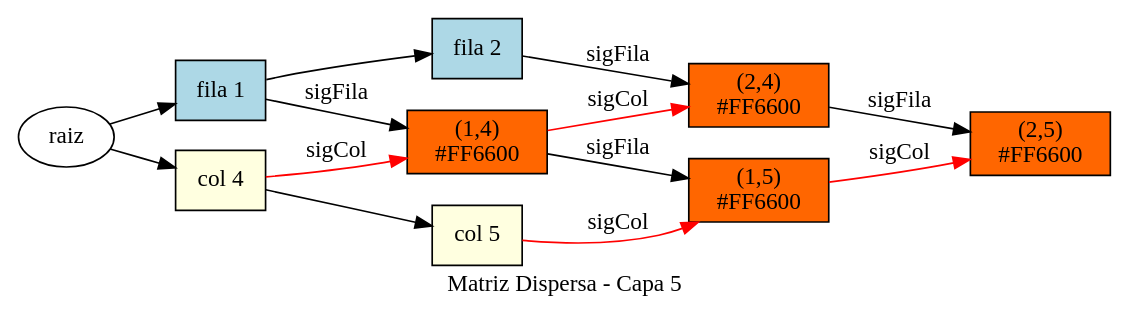
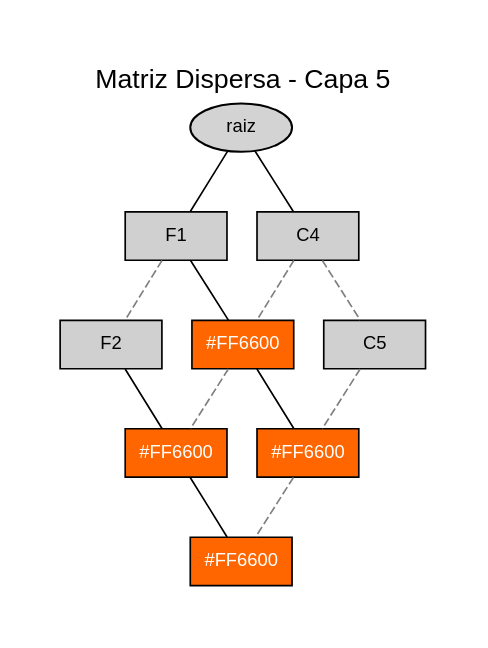
One commit to Keila-Puac/GeneradorImagenes changed the diagram in graficas/mat_5.dot. Above: the diagram before and after it, drawn with Graphviz. The commit also changed 6 other files, not shown here.

```diff
--- a/graficas/mat_5.dot
+++ b/graficas/mat_5.dot
@@ -1,26 +1,33 @@
-digraph Matriz5 {
-  rankdir=LR;
-  label="Matriz Dispersa - Capa 5";
-  node [shape=record];
-  raiz [label="raiz" shape=ellipse];
-  hf1 [label="fila 1" shape=box style=filled fillcolor=lightblue];
-  hf2 [label="fila 2" shape=box style=filled fillcolor=lightblue];
-  hc4 [label="col 4" shape=box style=filled fillcolor=lightyellow];
-  hc5 [label="col 5" shape=box style=filled fillcolor=lightyellow];
-  n1_4 [label="(1,4)\n#FF6600" style=filled fillcolor="#FF6600"];
-  n1_5 [label="(1,5)\n#FF6600" style=filled fillcolor="#FF6600"];
-  n2_4 [label="(2,4)\n#FF6600" style=filled fillcolor="#FF6600"];
-  n2_5 [label="(2,5)\n#FF6600" style=filled fillcolor="#FF6600"];
-  raiz -> hf1;
-  hf1 -> hf2;
-  raiz -> hc4;
-  hc4 -> hc5;
-  hf1 -> n1_4 [label="sigFila"];
-  n1_4 -> n1_5 [label="sigFila"];
-  hf2 -> n2_4 [label="sigFila"];
-  n2_4 -> n2_5 [label="sigFila"];
-  hc4 -> n1_4 [label="sigCol" color=red];
-  n1_4 -> n2_4 [label="sigCol" color=red];
-  hc5 -> n1_5 [label="sigCol" color=red];
-  n1_5 -> n2_5 [label="sigCol" color=red];
+graph G {
+  graph [bgcolor=white pad=0.4
+         label="Matriz Dispersa - Capa 5"
+         labelloc=t fontsize=16 fontcolor=black fontname=Helvetica];
+  node  [fontname=Helvetica fontsize=11 fixedsize=true width=0.85 height=0.4];
+  edge  [fontname=Helvetica fontsize=9 color=black];
+
+  raiz [label="raiz" shape=ellipse style=filled fillcolor=lightgray fontcolor=black color=black penwidth=1.2 pos="-70,440!"];
+
+  hf1 [label="F1" shape=box style=filled fillcolor="#D0D0D0" fontcolor=black color=black penwidth=1 pos="20,230!"];
+  hf2 [label="F2" shape=box style=filled fillcolor="#D0D0D0" fontcolor=black color=black penwidth=1 pos="20,120!"];
+
+  hc4 [label="C4" shape=box style=filled fillcolor="#D0D0D0" fontcolor=black color=black penwidth=1 pos="120,440!"];
+  hc5 [label="C5" shape=box style=filled fillcolor="#D0D0D0" fontcolor=black color=black penwidth=1 pos="230,440!"];
+
+  n1_4 [label="#FF6600" shape=box style=filled fillcolor="#FF6600" fontcolor=white color=black penwidth=1 pos="120,230!"];
+  n1_5 [label="#FF6600" shape=box style=filled fillcolor="#FF6600" fontcolor=white color=black penwidth=1 pos="230,230!"];
+  n2_4 [label="#FF6600" shape=box style=filled fillcolor="#FF6600" fontcolor=white color=black penwidth=1 pos="120,120!"];
+  n2_5 [label="#FF6600" shape=box style=filled fillcolor="#FF6600" fontcolor=white color=black penwidth=1 pos="230,120!"];
+
+  raiz -- hf1 [color=black];
+  raiz -- hc4 [color=black];
+  hf1 -- hf2 [style=dashed color=gray];
+  hc4 -- hc5 [style=dashed color=gray];
+  hf1 -- n1_4 [color=black];
+  n1_4 -- n1_5 [color=black];
+  hf2 -- n2_4 [color=black];
+  n2_4 -- n2_5 [color=black];
+  hc4 -- n1_4 [color=gray style=dashed];
+  n1_4 -- n2_4 [color=gray style=dashed];
+  hc5 -- n1_5 [color=gray style=dashed];
+  n1_5 -- n2_5 [color=gray style=dashed];
 }
```
